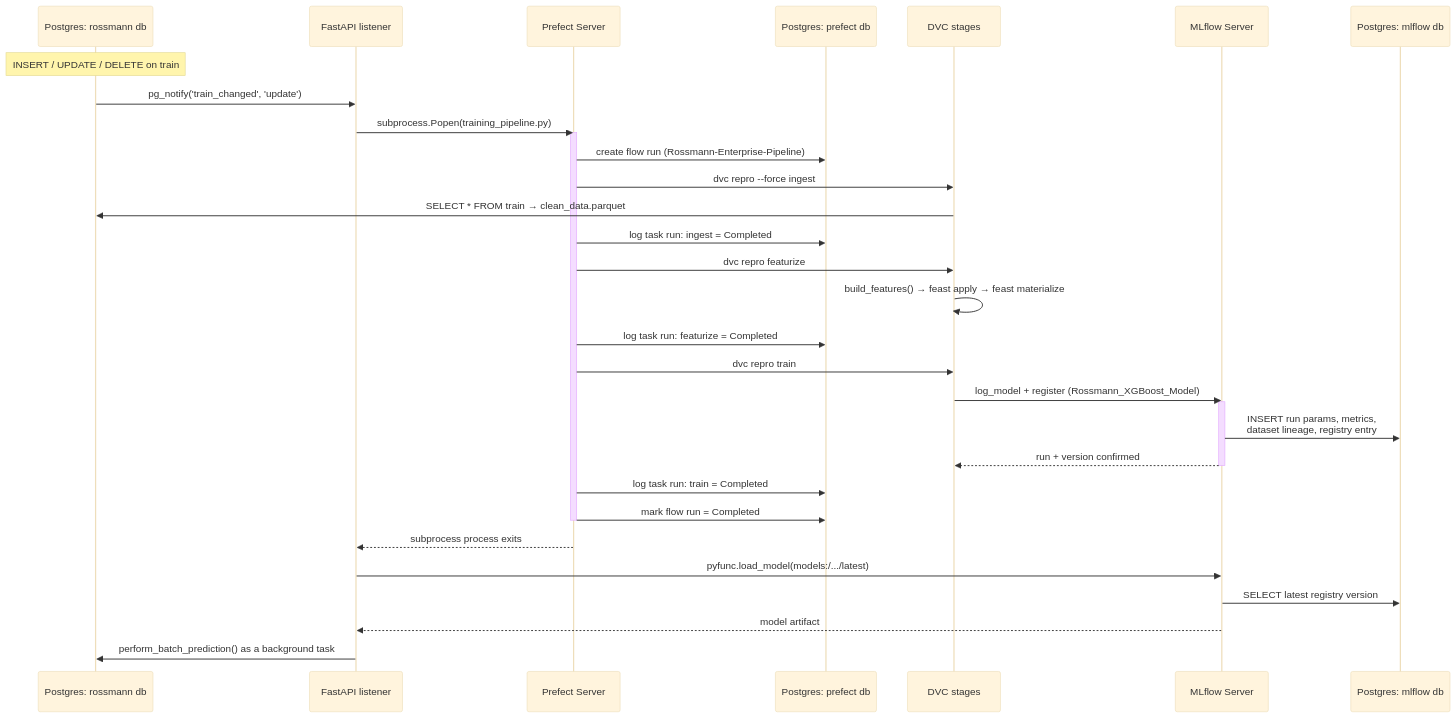
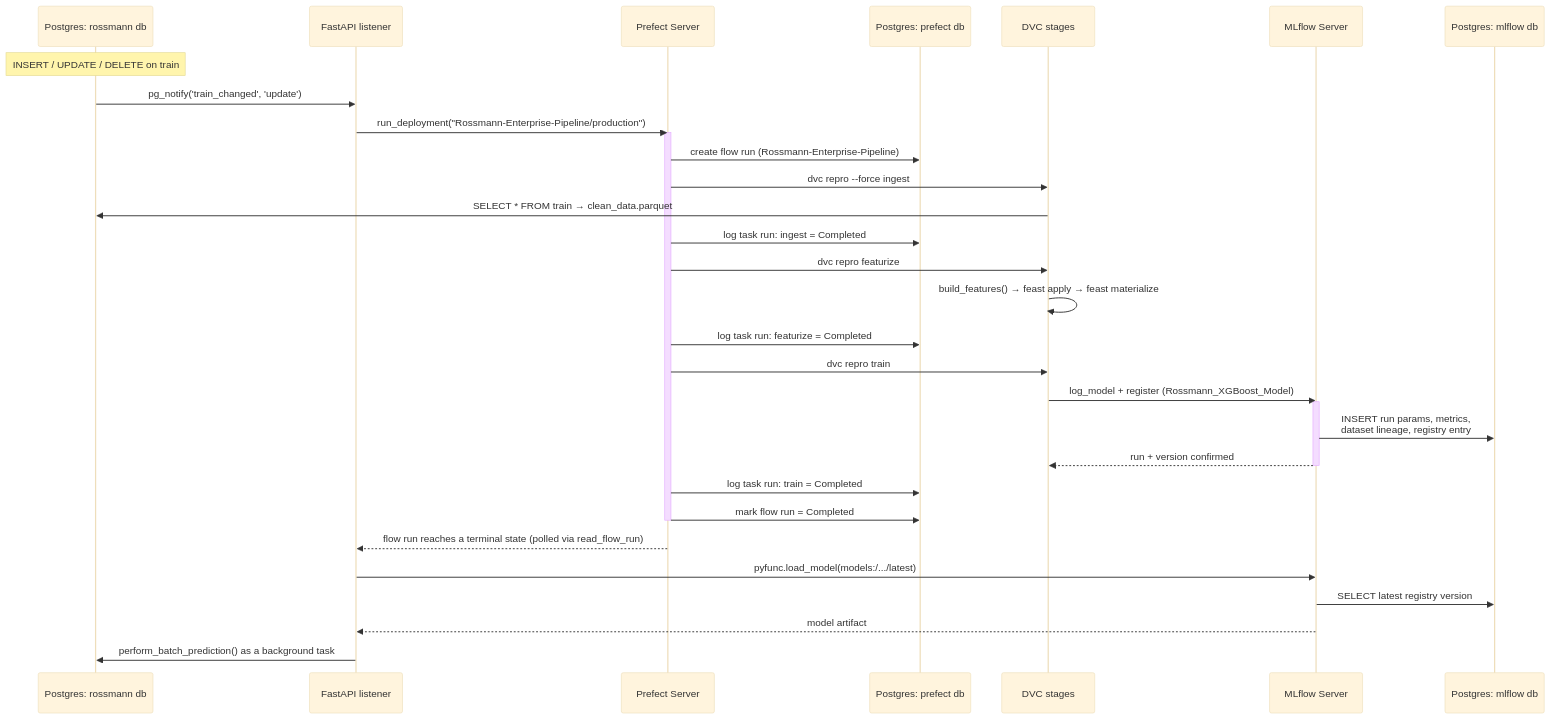
The second of 2 diagrams in README.md (benkeddad/mlops-demand-forecast), drawn with Mermaid (base theme) before and after one commit. The commit also changed other lines of this file and 54 other files, not shown here.

````diff
--- a/README.md
+++ b/README.md
@@ -181,36 +181,36 @@
 ```mermaid
 sequenceDiagram
     participant PG as Postgres: rossmann db
     participant API as FastAPI listener
     participant PRF as Prefect Server
     participant PRFDB as Postgres: prefect db
     participant DVC as DVC stages
     participant MLF as MLflow Server
     participant MLFDB as Postgres: mlflow db
 
     Note over PG: INSERT / UPDATE / DELETE on train
     PG->>API: pg_notify('train_changed', 'update')
-    API->>PRF: subprocess.Popen(training_pipeline.py)
+    API->>PRF: run_deployment("Rossmann-Enterprise-Pipeline/production")
     activate PRF
     PRF->>PRFDB: create flow run (Rossmann-Enterprise-Pipeline)
     PRF->>DVC: dvc repro --force ingest
     DVC->>PG: SELECT * FROM train → clean_data.parquet
     PRF->>PRFDB: log task run: ingest = Completed
     PRF->>DVC: dvc repro featurize
     DVC->>DVC: build_features() → feast apply → feast materialize
     PRF->>PRFDB: log task run: featurize = Completed
     PRF->>DVC: dvc repro train
     DVC->>MLF: log_model + register (Rossmann_XGBoost_Model)
     activate MLF
     MLF->>MLFDB: INSERT run params, metrics,<br/>dataset lineage, registry entry
     MLF-->>DVC: run + version confirmed
     deactivate MLF
     PRF->>PRFDB: log task run: train = Completed
     PRF->>PRFDB: mark flow run = Completed
     deactivate PRF
-    PRF-->>API: subprocess process exits
+    PRF-->>API: flow run reaches a terminal state (polled via read_flow_run)
     API->>MLF: pyfunc.load_model(models:/.../latest)
     MLF->>MLFDB: SELECT latest registry version
     MLF-->>API: model artifact
     API->>PG: perform_batch_prediction() as a background task
 ```
````
